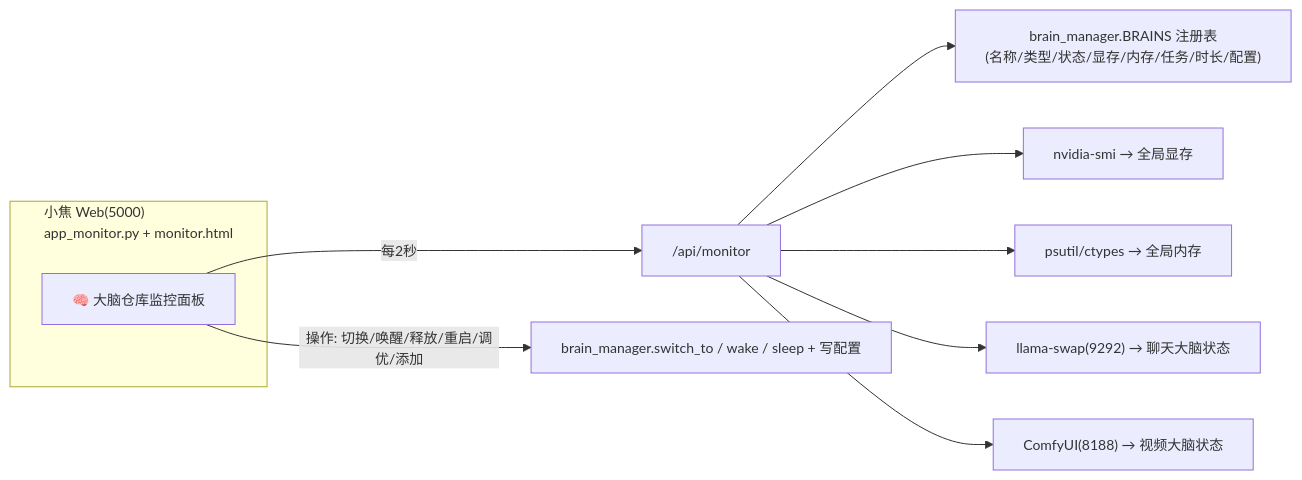
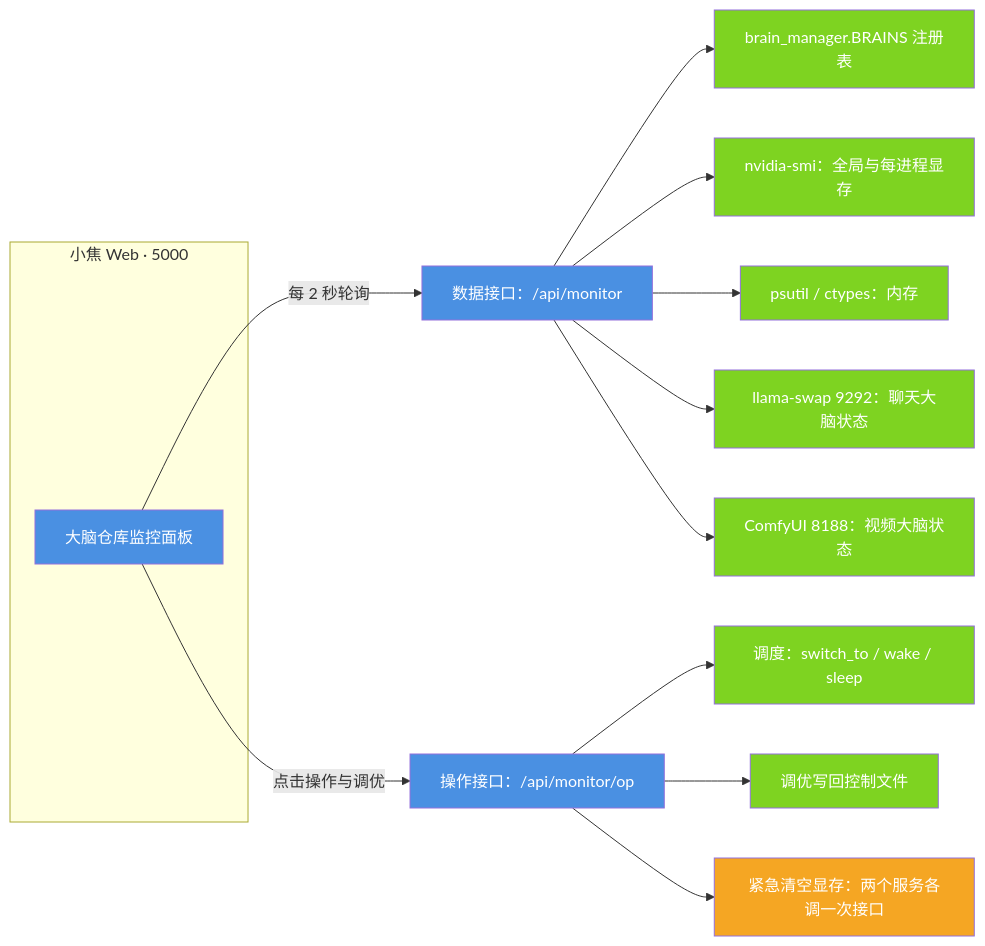
The diagram in docs/monitor.md (jiangchuangege/xiaojiao-harnees), drawn with Mermaid before and after one commit. The commit also changed other lines of this file and 51 other files, not shown here.

````diff
--- a/docs/monitor.md
+++ b/docs/monitor.md
@@ -7,14 +53,27 @@
 ```mermaid
-%%{init: {"themeVariables": {"fontSize": "14px"}, "flowchart": {"htmlLabels": true, "wrappingWidth": 320, "nodeSpacing": 46, "rankSpacing": 64, "useMaxWidth": true}}}%%
 flowchart LR
-    subgraph XJ["小焦 Web(5000) <br/> app_monitor.py + monitor.html"]
-        A["🧠 大脑仓库监控面板"]
+    subgraph XJ["小焦 Web · 5000"]
+        A["大脑仓库监控面板"]
     end
-    A -->|每2秒| B["/api/monitor"]
-    B --> C["brain_manager.BRAINS 注册表<br/>(名称/类型/状态/显存/内存/任务/时长/配置)"]
-    B --> D["nvidia-smi → 全局显存"]
-    B --> E["psutil/ctypes → 全局内存"]
-    B --> F["llama-swap(9292) → 聊天大脑状态"]
-    B --> G["ComfyUI(8188) → 视频大脑状态"]
-    A -->|操作: 切换/唤醒/释放/重启/调优/添加| H["brain_manager.switch_to / wake / sleep + 写配置"]
+    A -->|"每 2 秒轮询"| B["数据接口：/api/monitor"]
+    A -->|"点击操作与调优"| O["操作接口：/api/monitor/op"]
+    B --> C["brain_manager.BRAINS 注册表"]
+    B --> D["nvidia-smi：全局与每进程显存"]
+    B --> E["psutil / ctypes：内存"]
+    B --> F["llama-swap 9292：聊天大脑状态"]
+    B --> G["ComfyUI 8188：视频大脑状态"]
+    O --> H["调度：switch_to / wake / sleep"]
+    O --> I["调优写回控制文件"]
+    O --> J["紧急清空显存：两个服务各调一次接口"]
+    style A fill:#4A90E2,color:#fff
+    style B fill:#4A90E2,color:#fff
+    style O fill:#4A90E2,color:#fff
+    style C fill:#7ED321,color:#fff
+    style D fill:#7ED321,color:#fff
+    style E fill:#7ED321,color:#fff
+    style F fill:#7ED321,color:#fff
+    style G fill:#7ED321,color:#fff
+    style H fill:#7ED321,color:#fff
+    style I fill:#7ED321,color:#fff
+    style J fill:#F5A623,color:#fff
 ```
````
